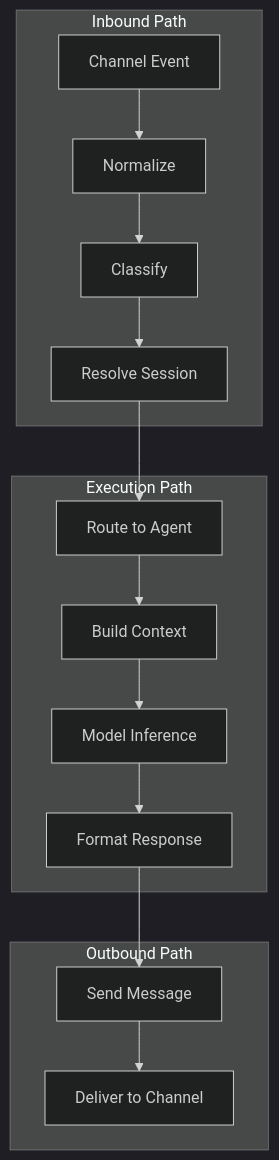
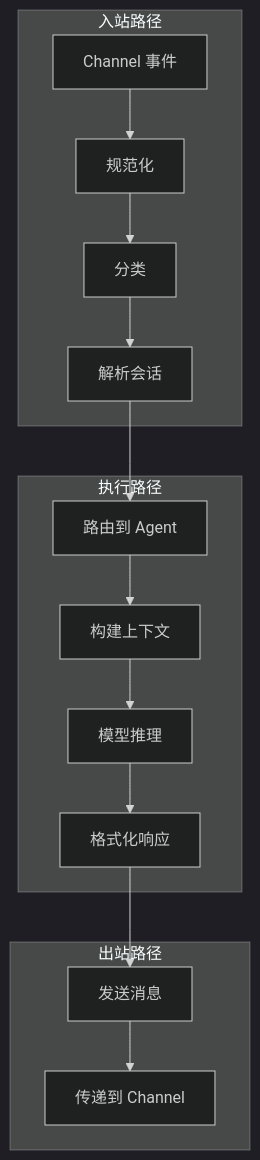
The first of 6 diagrams in docs/zh/architecture-book/part-4-gateway-protocol/03-message-flow.md (a576378368/openclaw_docs), drawn with Mermaid (dark theme) before and after one commit. The commit also changed other lines of this file and 4 other files, not shown here.

````diff
--- a/docs/zh/architecture-book/part-4-gateway-protocol/03-message-flow.md
+++ b/docs/zh/architecture-book/part-4-gateway-protocol/03-message-flow.md
@@ -17,31 +17,31 @@
 ```mermaid
 flowchart TB
-    subgraph Inbound["Inbound Path"]
-        Channel[Channel Event]
-        Normalize[Normalize]
-        Classify[Classify]
-        Resolve[Resolve Session]
+    subgraph Inbound["入站路径"]
+        Channel[Channel 事件]
+        Normalize[规范化]
+        Classify[分类]
+        Resolve[解析会话]
     end
 
-    subgraph Execution["Execution Path"]
-        Route[Route to Agent]
-        Context[Build Context]
-        Infer[Model Inference]
-        Format[Format Response]
+    subgraph Execution["执行路径"]
+        Route[路由到 Agent]
+        Context[构建上下文]
+        Infer[模型推理]
+        Format[格式化响应]
     end
 
-    subgraph Outbound["Outbound Path"]
-        Send[Send Message]
-        Deliver[Deliver to Channel]
+    subgraph Outbound["出站路径"]
+        Send[发送消息]
+        Deliver[传递到 Channel]
     end
 
     Channel --> Normalize
     Normalize --> Classify
     Classify --> Resolve
     Resolve --> Route
     Route --> Context
     Context --> Infer
     Infer --> Format
     Format --> Send
     Send --> Deliver
 ```
````
